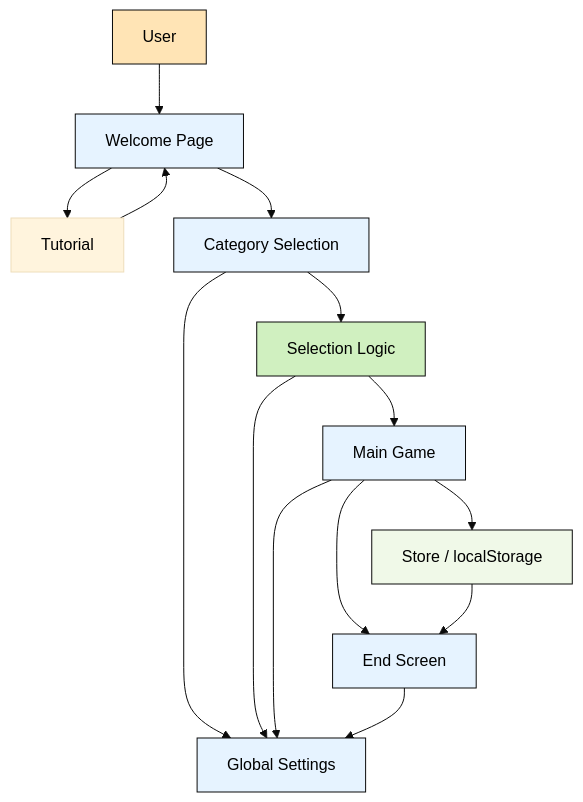
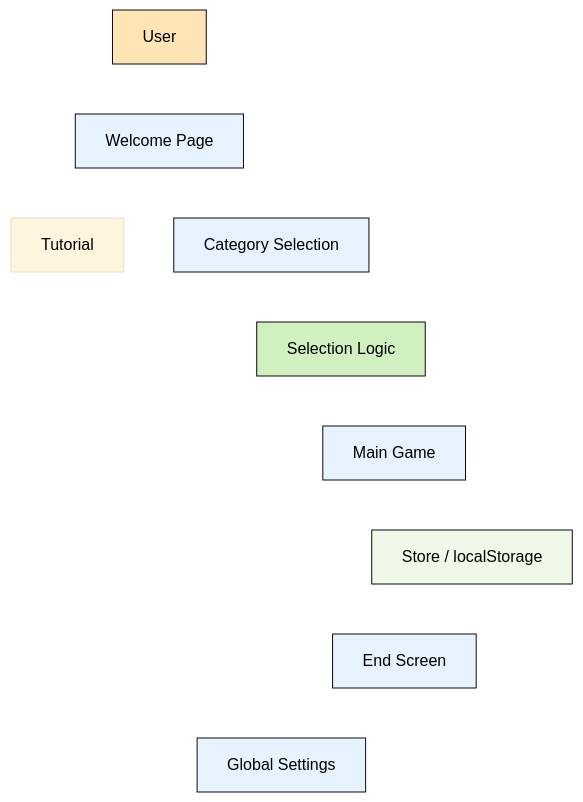
The diagram in team08/README.md (uu-semp/swedish-learning-app-2025), drawn with Mermaid before and after one commit.

Commit message:
setting linecolor (need to commit to render mermaid on github)

````diff
--- a/team08/README.md
+++ b/team08/README.md
@@ -82,29 +82,30 @@
 ```mermaid
 %%{init: {'theme': 'base', 'themeVariables': {
   'primaryTextColor': '#000000',
+  'lineColor': '#ffffff',
   'fontFamily': 'Arial'
 }}}%%
 graph TD
     A[User] --> B[Welcome Page]
     B --> I[Tutorial]
     I --> B
     B --> C[Category Selection]
     C --> D[Selection Logic]
     D --> E[Main Game]
     E --> F[Store / localStorage]
     E --> G[End Screen]
     C --> H[Global Settings]
     D --> H
     E --> H
     G --> H
     F --> G
 
     style A fill:#ffe4b5,stroke:#0a0a0a
     style B fill:#e6f3ff,stroke:#0a0a0a
     style C fill:#e6f3ff,stroke:#0a0a0a
     style E fill:#e6f3ff,stroke:#0a0a0a
     style G fill:#e6f3ff,stroke:#0a0a0a
     style H fill:#e6f3ff,stroke:#0a0a0a
     style D fill:#d0f0c0,stroke:#0a0a0a
     style F fill:#f0f9e8,stroke:#0a0a0a
 ```
````
